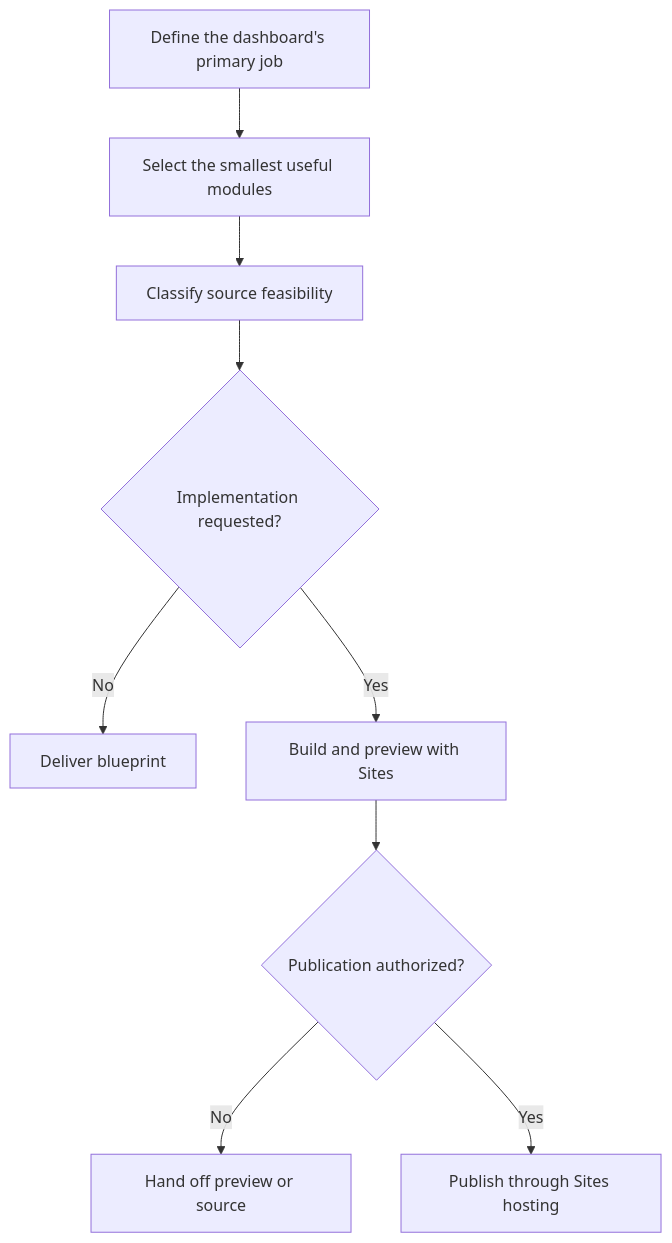
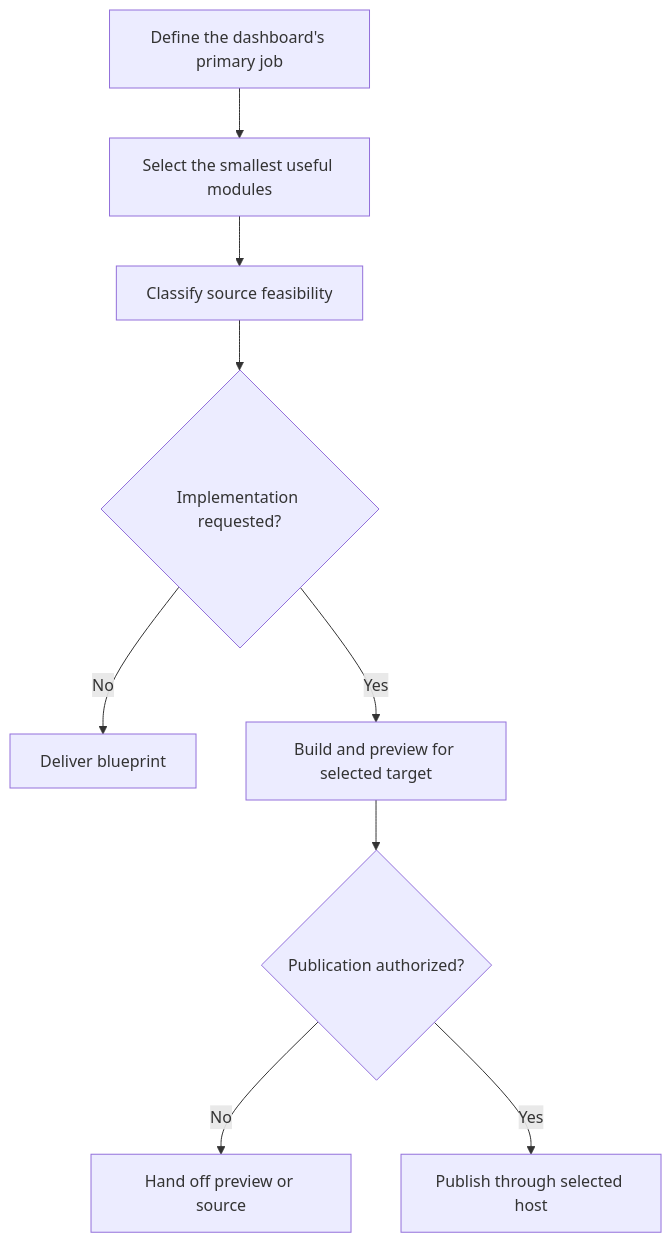
Before and after one commit to vladicaster/agent-skills: the diagram in engineering/scaffold-personal-dashboard-site/README.md, drawn with Mermaid. The commit also changed other lines of this file and 9 other files, not shown here.

````diff
--- a/engineering/scaffold-personal-dashboard-site/README.md
+++ b/engineering/scaffold-personal-dashboard-site/README.md
@@ -31,11 +31,11 @@
 ```mermaid
 flowchart TD
     A["Define the dashboard's primary job"] --> B["Select the smallest useful modules"]
     B --> C["Classify source feasibility"]
     C --> D{"Implementation requested?"}
     D -->|"No"| E["Deliver blueprint"]
-    D -->|"Yes"| F["Build and preview with Sites"]
+    D -->|"Yes"| F["Build and preview for selected target"]
     F --> G{"Publication authorized?"}
     G -->|"No"| H["Hand off preview or source"]
-    G -->|"Yes"| I["Publish through Sites hosting"]
+    G -->|"Yes"| I["Publish through selected host"]
 ```
````
